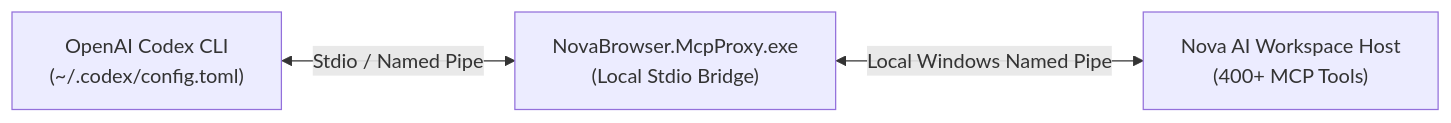
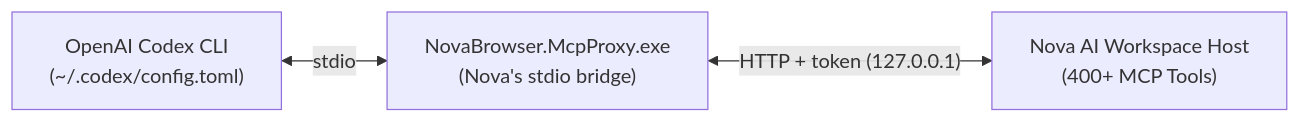
The diagram in docs/integration/openai-codex.md (joelaniol/nova), drawn with Mermaid before and after one commit. The commit also changed other lines of this file and 50 other files, not shown here.

Commit message:
docs: connection guides match the real transport (stdio bridge + local HTTP), tool tables without status column, broken characters fixed

````diff
--- a/docs/integration/openai-codex.md
+++ b/docs/integration/openai-codex.md
@@ -14,5 +14,5 @@
 ```mermaid
 flowchart LR
-    Codex["OpenAI Codex CLI<br>(~/.codex/config.toml)"] <-->|Stdio / Named Pipe| Proxy["NovaBrowser.McpProxy.exe<br>(Local Stdio Bridge)"]
-    Proxy <-->|Local Windows Named Pipe| Nova["Nova AI Workspace Host<br>(400+ MCP Tools)"]
+    Codex["OpenAI Codex CLI<br>(~/.codex/config.toml)"] <-->|stdio| Proxy["NovaBrowser.McpProxy.exe<br>(Nova's stdio bridge)"]
+    Proxy <-->|"HTTP + token (127.0.0.1)"| Nova["Nova AI Workspace Host<br>(400+ MCP Tools)"]
 ```
````
